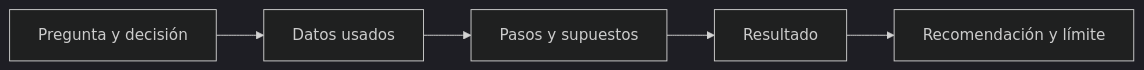
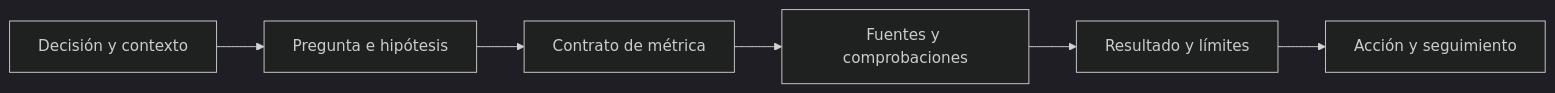
The diagram in curso/00-orientacion/lecciones/03-metodo-de-estudio-y-diagnostico.md (Ayhur/CursoAnalista), drawn with Mermaid (dark theme) before and after one commit. The commit also changed other lines of this file and 9 other files, not shown here.

````diff
--- a/curso/00-orientacion/lecciones/03-metodo-de-estudio-y-diagnostico.md
+++ b/curso/00-orientacion/lecciones/03-metodo-de-estudio-y-diagnostico.md
@@ -19,7 +22,8 @@
 ```mermaid
 flowchart LR
-  A[Pregunta y decisión] --> B[Datos usados]
-  B --> C[Pasos y supuestos]
-  C --> D[Resultado]
-  D --> E[Recomendación y límite]
+  A[Decisión y contexto] --> B[Pregunta e hipótesis]
+  B --> C[Contrato de métrica]
+  C --> D[Fuentes y comprobaciones]
+  D --> E[Resultado y límites]
+  E --> F[Acción y seguimiento]
 ```
````
